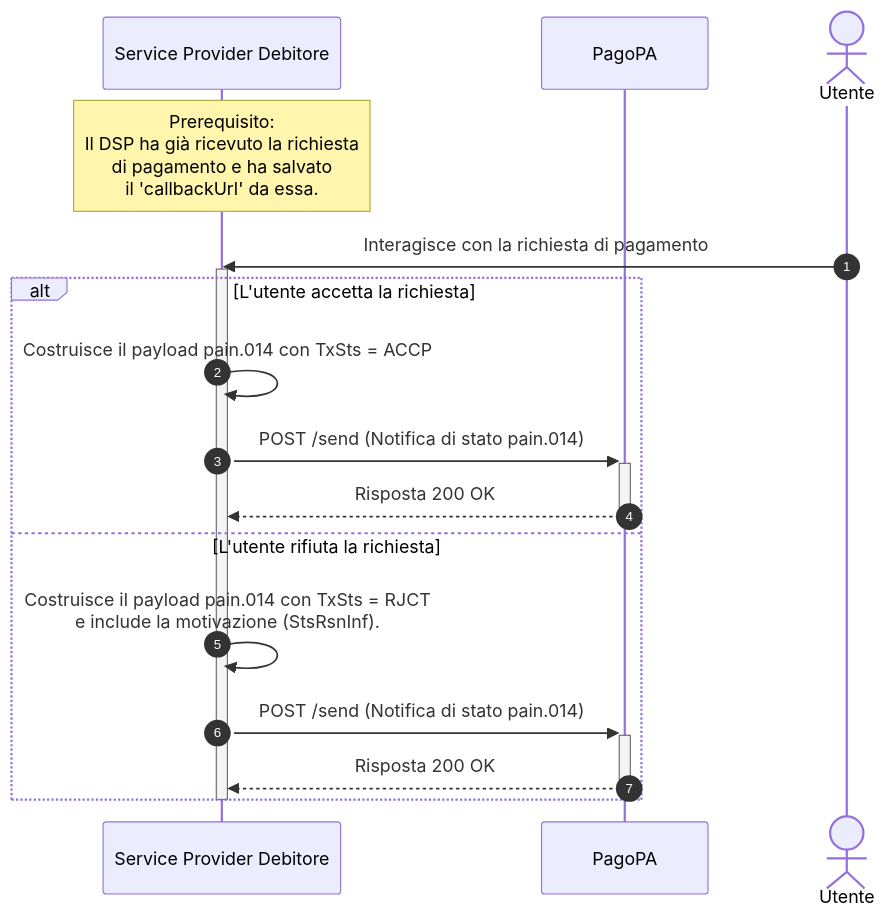
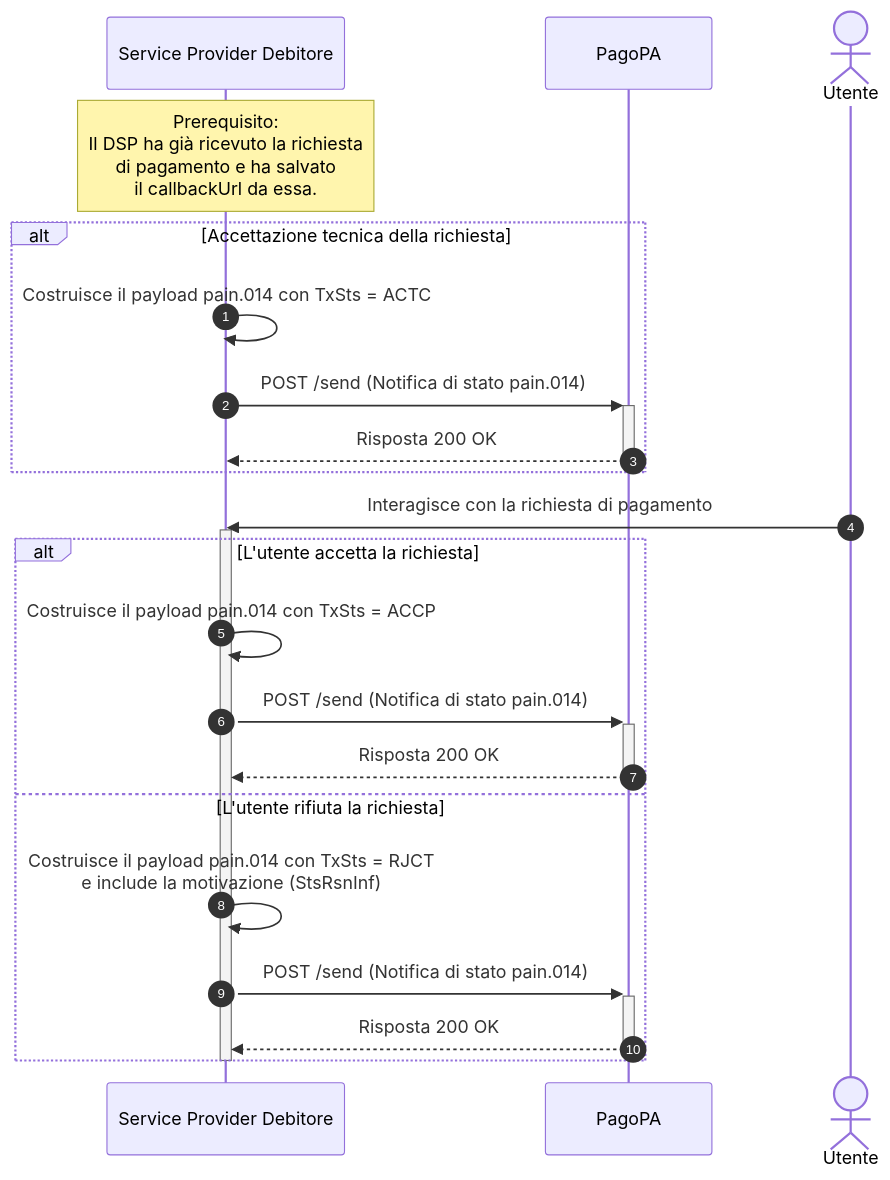
Before and after one commit to pagopa/devportal-docs: the diagram in docs/t7UU6OMWc3V12nDNAZlV/tutorial/come-inviare-una-risposta-di-stato-via-callback.md, drawn with Mermaid. The commit also changed 9 other files, not shown here.

````diff
--- a/docs/t7UU6OMWc3V12nDNAZlV/tutorial/come-inviare-una-risposta-di-stato-via-callback.md
+++ b/docs/t7UU6OMWc3V12nDNAZlV/tutorial/come-inviare-una-risposta-di-stato-via-callback.md
@@ -14,29 +14,35 @@
 ```mermaid
 
 sequenceDiagram
     autonumber
 
     participant DSP as Service Provider Debitore
     participant PPA as PagoPA
     actor U as Utente
 
-    Note over DSP: Prerequisito:<br> Il DSP ha già ricevuto la richiesta <br> di pagamento e ha salvato <br> il 'callbackUrl' da essa.
+    Note over DSP: Prerequisito:<br/>Il DSP ha già ricevuto la richiesta<br/>di pagamento e ha salvato<br/>il callbackUrl da essa.
+
+    alt Accettazione tecnica della richiesta
+        DSP->>DSP: Costruisce il payload pain.014 con TxSts = ACTC
+        DSP->>+PPA: POST /send (Notifica di stato pain.014)
+        PPA-->>-DSP: Risposta 200 OK
+    end
 
     U->>DSP: Interagisce con la richiesta di pagamento
 
     activate DSP
 
     alt L'utente accetta la richiesta
         DSP->>DSP: Costruisce il payload pain.014 con TxSts = ACCP
         DSP->>+PPA: POST /send (Notifica di stato pain.014)
         PPA-->>-DSP: Risposta 200 OK
 
     else L'utente rifiuta la richiesta
-        DSP->>DSP: Costruisce il payload pain.014 con TxSts = RJCT<br>e include la motivazione (StsRsnInf).
+        DSP->>DSP: Costruisce il payload pain.014 con TxSts = RJCT<br/>e include la motivazione (StsRsnInf)
         DSP->>+PPA: POST /send (Notifica di stato pain.014)
         PPA-->>-DSP: Risposta 200 OK
     end
 
     deactivate DSP
 
 ```
````
